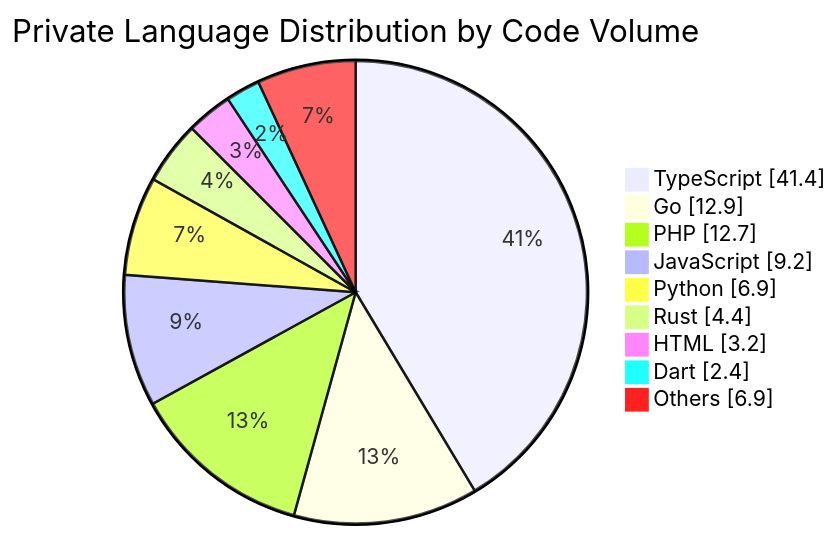
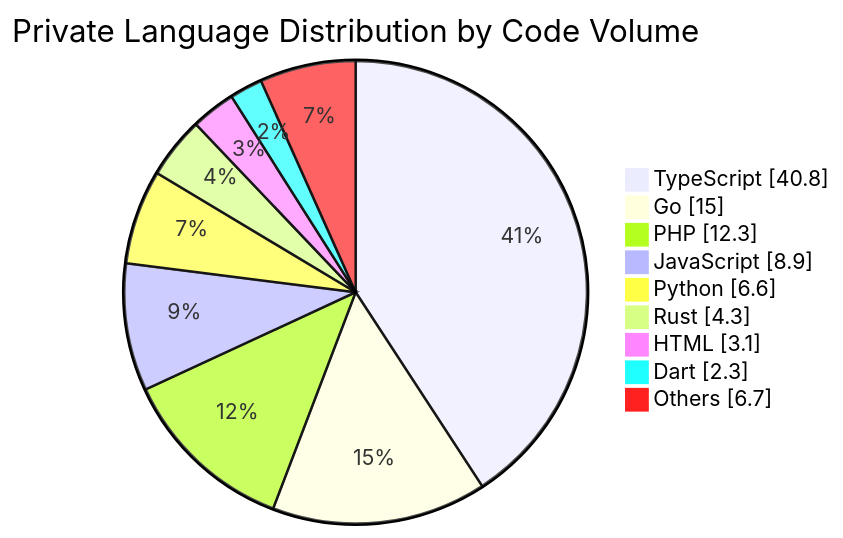
The diagram in README.md (Lamy210/Lamy210), drawn with Mermaid before and after one commit. The commit also changed other lines of this file, not shown here.

Commit message:
chore: update private technology summary [skip ci]

````diff
--- a/README.md
+++ b/README.md
@@ -47,13 +47,13 @@
 ```mermaid
 pie showData
     title Private Language Distribution by Code Volume
-    "TypeScript" : 41.4
-    "Go" : 12.9
-    "PHP" : 12.7
-    "JavaScript" : 9.2
-    "Python" : 6.9
-    "Rust" : 4.4
-    "HTML" : 3.2
-    "Dart" : 2.4
-    "Others" : 6.9
+    "TypeScript" : 40.8
+    "Go" : 15.0
+    "PHP" : 12.3
+    "JavaScript" : 8.9
+    "Python" : 6.6
+    "Rust" : 4.3
+    "HTML" : 3.1
+    "Dart" : 2.3
+    "Others" : 6.7
 ```
````
